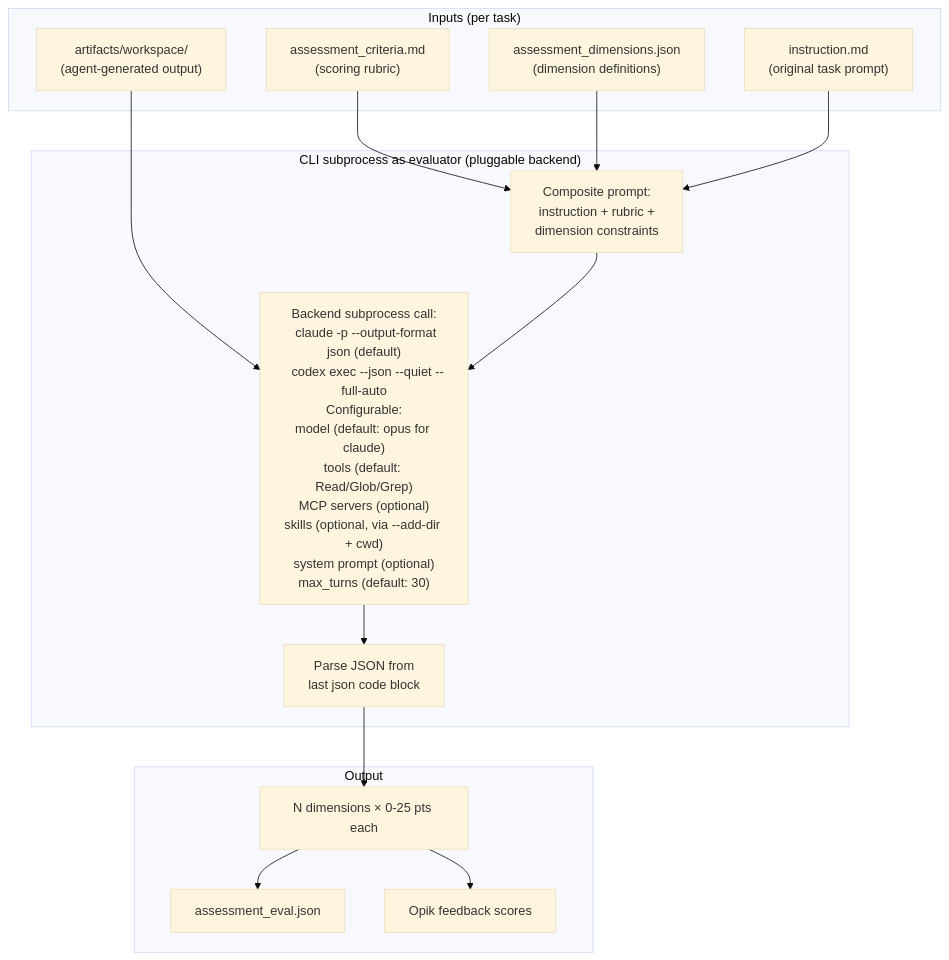
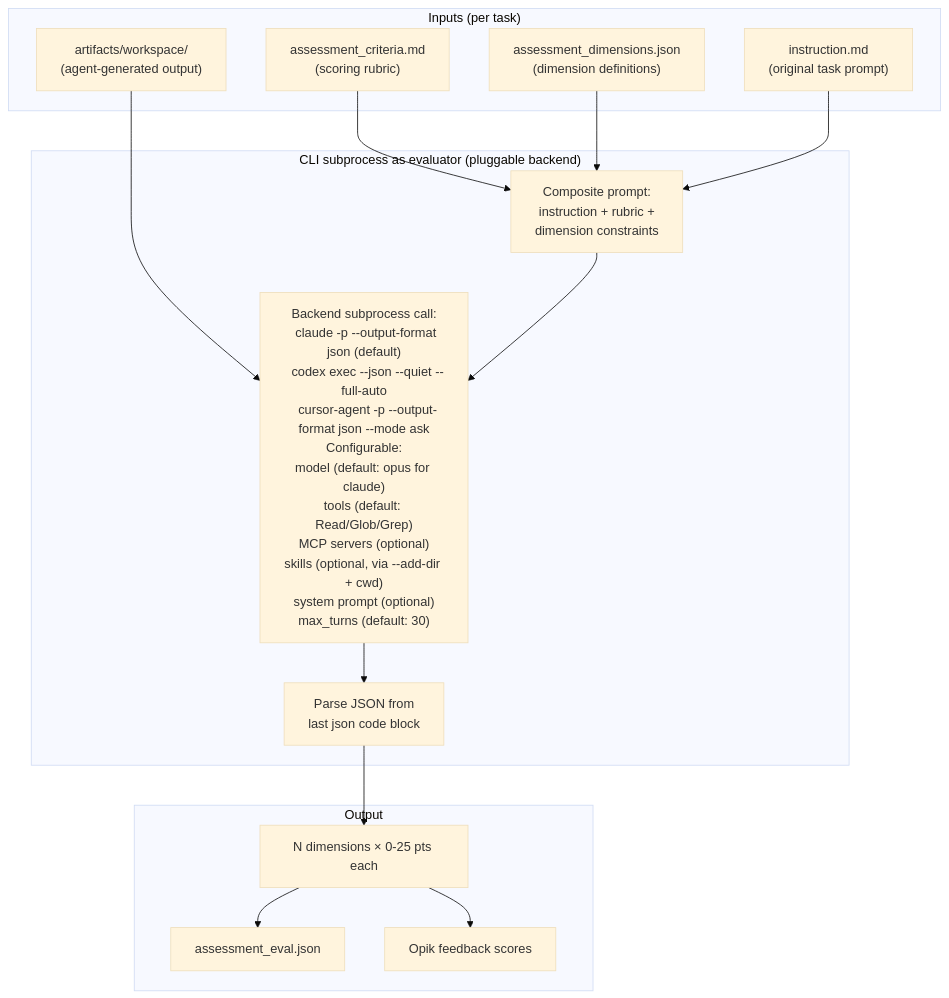
Before and after one commit to NoesisVision/nasde-toolkit: the fourth of 8 diagrams in ARCHITECTURE.md, drawn with Mermaid (base theme). The commit also changed other lines of this file and 2 other files, not shown here.

Commit message:
docs: document the cursor judge backend, absolute paths and cursor/<model> stamp

````diff
--- a/ARCHITECTURE.md
+++ b/ARCHITECTURE.md
@@ -153,31 +153,31 @@
 ```mermaid
 flowchart TB
     subgraph Inputs["Inputs (per task)"]
         ARTIFACTS["artifacts/workspace/\n(agent-generated output)"]
         CRITERIA["assessment_criteria.md\n(scoring rubric)"]
         DIMS["assessment_dimensions.json\n(dimension definitions)"]
         INSTRUCTION["instruction.md\n(original task prompt)"]
     end
 
     subgraph Evaluator["CLI subprocess as evaluator (pluggable backend)"]
         PROMPT["Composite prompt:\ninstruction + rubric +\ndimension constraints"]
-        SDK_RUN["Backend subprocess call:\n  claude -p --output-format json (default)\n  codex exec --json --quiet --full-auto\nConfigurable:\nmodel (default: opus for claude)\ntools (default: Read/Glob/Grep)\nMCP servers (optional)\nskills (optional, via --add-dir + cwd)\nsystem prompt (optional)\nmax_turns (default: 30)"]
+        SDK_RUN["Backend subprocess call:\n  claude -p --output-format json (default)\n  codex exec --json --quiet --full-auto\n  cursor-agent -p --output-format json --mode ask\nConfigurable:\nmodel (default: opus for claude)\ntools (default: Read/Glob/Grep)\nMCP servers (optional)\nskills (optional, via --add-dir + cwd)\nsystem prompt (optional)\nmax_turns (default: 30)"]
         PARSE["Parse JSON from\nlast json code block"]
     end
 
     subgraph Output["Output"]
         SCORE["N dimensions × 0-25 pts each"]
         FILE["assessment_eval.json"]
         OPIK["Opik feedback scores"]
     end
 
     ARTIFACTS --> SDK_RUN
     CRITERIA --> PROMPT
     DIMS --> PROMPT
     INSTRUCTION --> PROMPT
     PROMPT --> SDK_RUN
     SDK_RUN --> PARSE
     PARSE --> SCORE
     SCORE --> FILE
     SCORE --> OPIK
 ```
````
